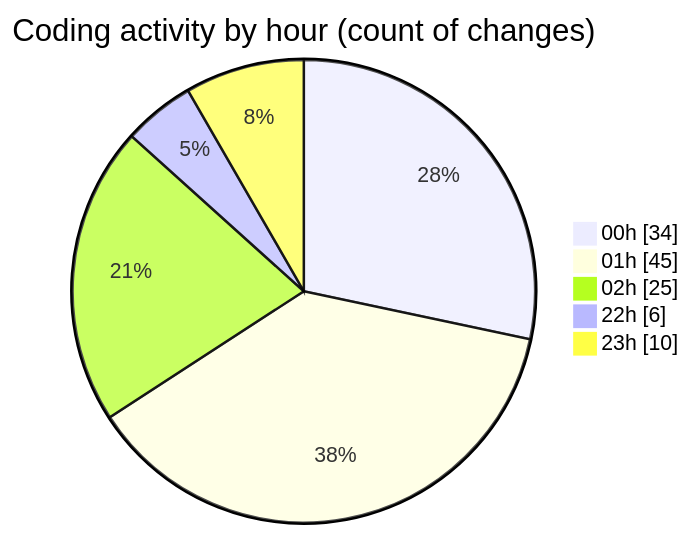
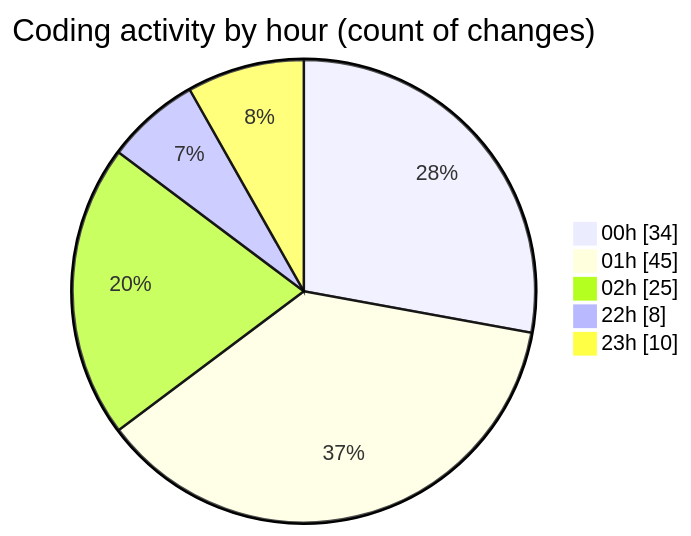
Before and after one commit to lephambinh05/code-tracking: the second of 2 diagrams in 2025-07-15/nhahang/README.md, drawn with Mermaid. The commit also changed other lines of this file and 1 other file, not shown here.

````diff
--- a/2025-07-15/nhahang/README.md
+++ b/2025-07-15/nhahang/README.md
@@ -86,9 +86,9 @@
 ```mermaid
 pie showData
 title Coding activity by hour (count of changes)
 "00h" : 34
 "01h" : 45
 "02h" : 25
-"22h" : 6
+"22h" : 8
 "23h" : 10
 ```
````
